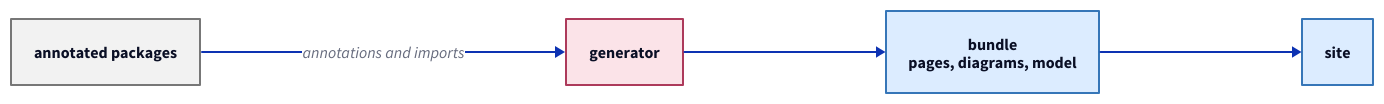
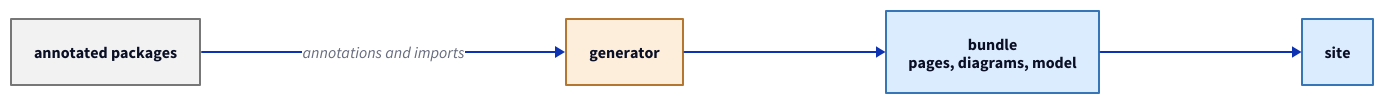
The diagram in apps/petrinaut-docs/content/diagrams/docs-build-steps.d2 (hashintel/hash), drawn with D2 before and after one commit. The commit also changed 1 other file, not shown here.

Commit message:
Describe the step controls and theme the stepped docs diagram
The guide names the slider and replay controls. The diagram's generator
box takes a colour the bundle themes, so its label stays readable in dark
mode.

```diff
--- a/apps/petrinaut-docs/content/diagrams/docs-build-steps.d2
+++ b/apps/petrinaut-docs/content/diagrams/docs-build-steps.d2
@@ -1,13 +1,14 @@
-# Hand-written; rendered by the arch-docs build. Palette matches src/emit/d2.ts.
+# Hand-written; rendered by the arch-docs build. Its colours are ones
+# libs/@local/archinaut/src/bundle/shared/palette.ts themes for dark mode.
 # Its step classes play it on the page; see "Stepping a figure" in
 # maintaining/declaring-layers.mdx.
 direction: right
 
 packages: "annotated packages" {style.fill: "#f2f2f2"; style.stroke: "#777777"}
-generator: "generator" {class: at-1; style.fill: "#fbe3e8"; style.stroke: "#ad3a5b"}
+generator: "generator" {class: at-1; style.fill: "#fdeedc"; style.stroke: "#b5762f"}
 bundle: "bundle\npages, diagrams, model" {class: at-2; style.fill: "#dcecff"; style.stroke: "#3676b8"}
 site: "site" {class: at-3; style.fill: "#dcecff"; style.stroke: "#3676b8"}
 
 packages -> generator: annotations and imports
 generator -> bundle
 bundle -> site: {class: token-4}
```
